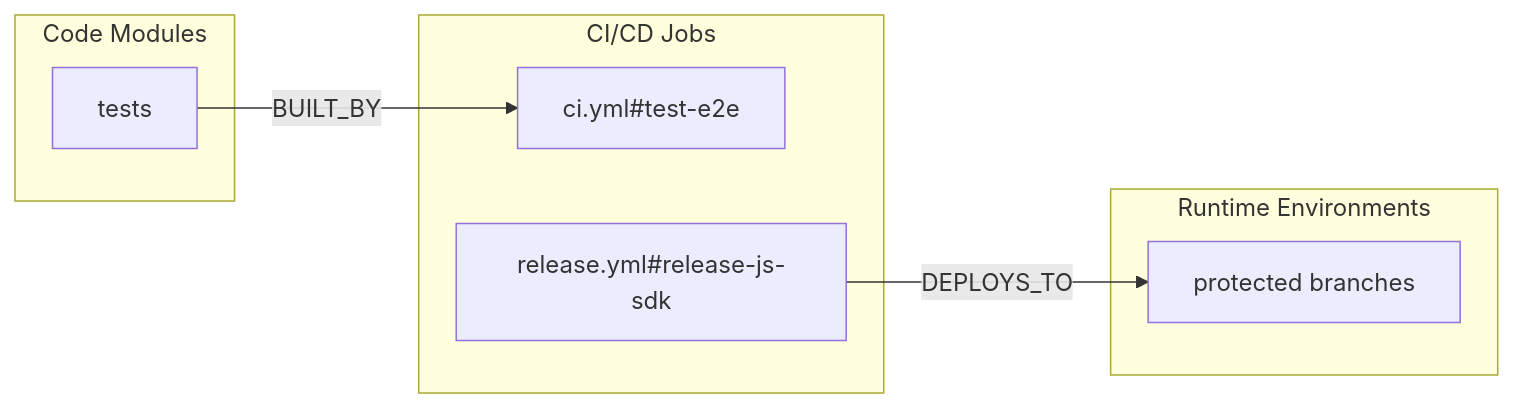
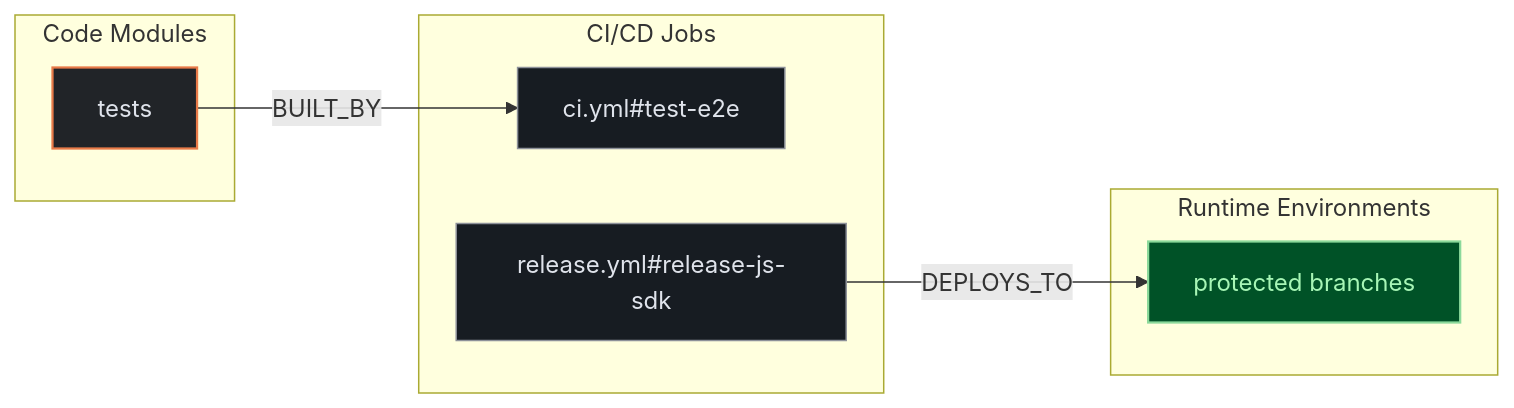
Before and after one commit to kumarshaz/atruss-code-atlas: the second of 3 diagrams in exports/latest/reports/langfuse-langfuse-js-report.md, drawn with Mermaid. The commit also changed other lines of this file and 331 other files, not shown here.

Commit message:
docs,ui,fix: update SDLC docs, reorder CI/CD DAG first, stylize Mermaid, and fix Arc42 pipeline topology

````diff
--- a/exports/latest/reports/langfuse-langfuse-js-report.md
+++ b/exports/latest/reports/langfuse-langfuse-js-report.md
@@ -200,15 +207,19 @@
 ```mermaid
 flowchart LR
+    classDef atlasCategory fill:#212428,stroke:#E87A48,stroke-width:1.5px,color:#dfe3eb
+    classDef atlasWorkflow fill:#1b2026,stroke:#a3c9ff,stroke-width:1.5px,color:#dfe3eb
+    classDef atlasJob fill:#171c22,stroke:#8d9199,stroke-width:1px,color:#dfe3eb
+    classDef atlasTarget fill:#005227,stroke:#8bd99b,stroke-width:1.5px,color:#a7f6b6
     subgraph code_modules["Code Modules"]
-        mod_tests["tests"]
+        mod_tests["tests"]:::atlasCategory
     end
     subgraph ci_jobs["CI/CD Jobs"]
-        job_ci_yml_test_e2e["ci.yml#test-e2e"]
-        job_release_yml_release_js_sdk["release.yml#release-js-sdk"]
+        job_ci_yml_test_e2e["ci.yml#test-e2e"]:::atlasJob
+        job_release_yml_release_js_sdk["release.yml#release-js-sdk"]:::atlasJob
     end
     subgraph runtime_envs["Runtime Environments"]
-        env_protected_branches["protected branches"]
+        env_protected_branches["protected branches"]:::atlasTarget
     end
     job_release_yml_release_js_sdk -->|DEPLOYS_TO| env_protected_branches
     mod_tests -->|BUILT_BY| job_ci_yml_test_e2e
 ```
````
